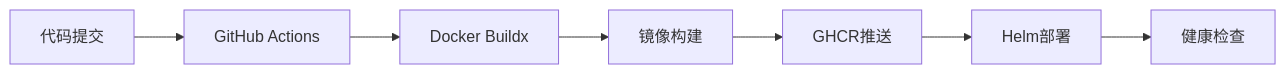
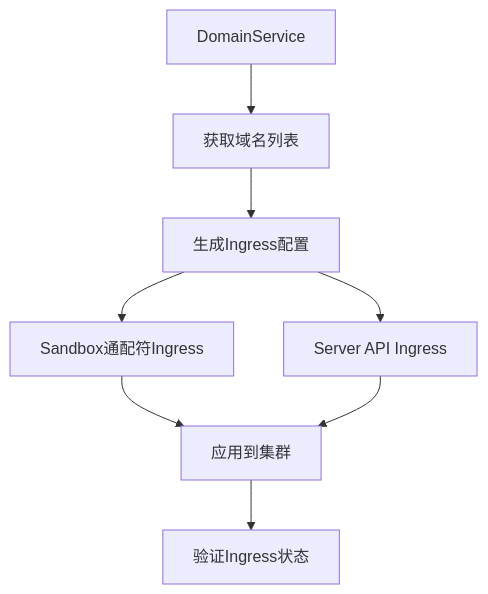
The fourth of 4 diagrams in .qoder/repowiki/zh/content/部署与运维/部署与运维.md (RabbitAI-Lab/Sandbox-Manager), drawn with Mermaid before and after one commit. The commit also changed other lines of this file and 15 other files, not shown here.

````diff
--- a/.qoder/repowiki/zh/content/部署与运维/部署与运维.md
+++ b/.qoder/repowiki/zh/content/部署与运维/部署与运维.md
@@ -386,9 +239,10 @@
 ```mermaid
-flowchart LR
-A["代码提交"] --> B["GitHub Actions"]
-B --> C["Docker Buildx"]
-C --> D["镜像构建"]
-D --> E["GHCR推送"]
-E --> F["Helm部署"]
-F --> G["健康检查"]
+flowchart TD
+A["DomainService"] --> B["获取域名列表"]
+B --> C["生成Ingress配置"]
+C --> D["Sandbox通配符Ingress"]
+C --> E["Server API Ingress"]
+D --> F["应用到集群"]
+E --> F
+F --> G["验证Ingress状态"]
 ```
````
